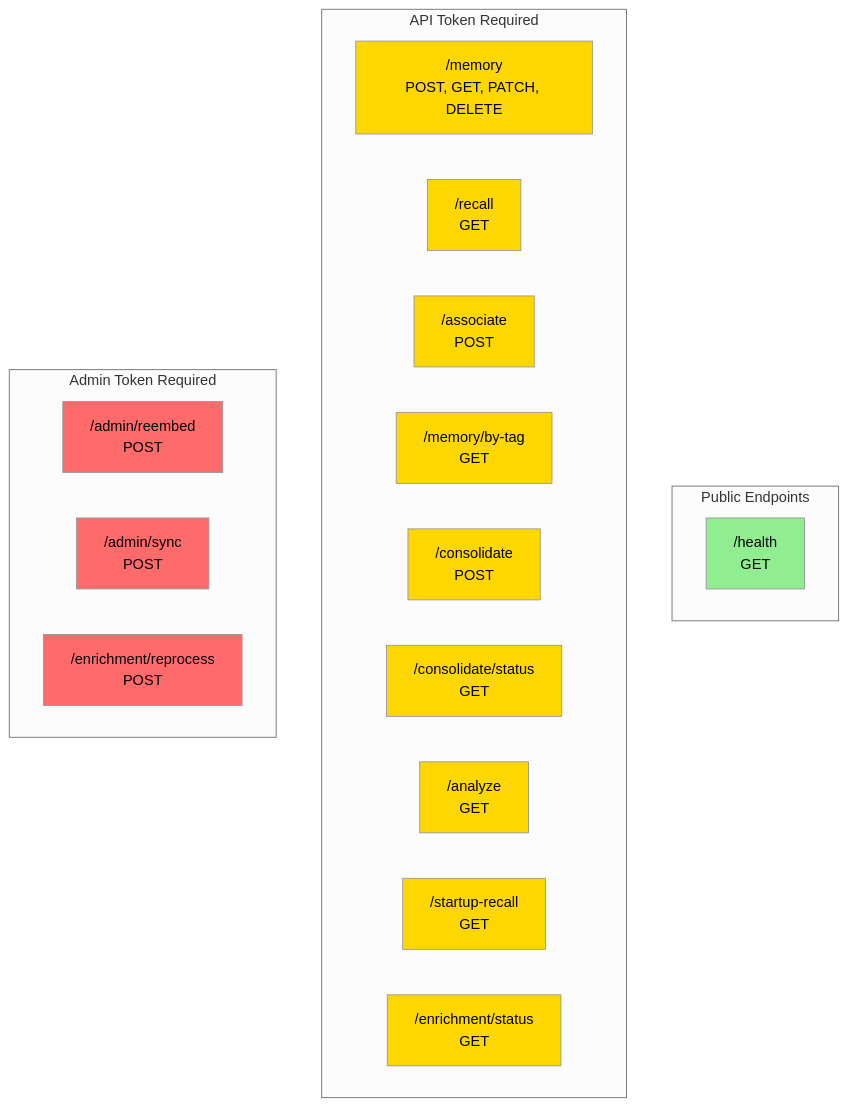
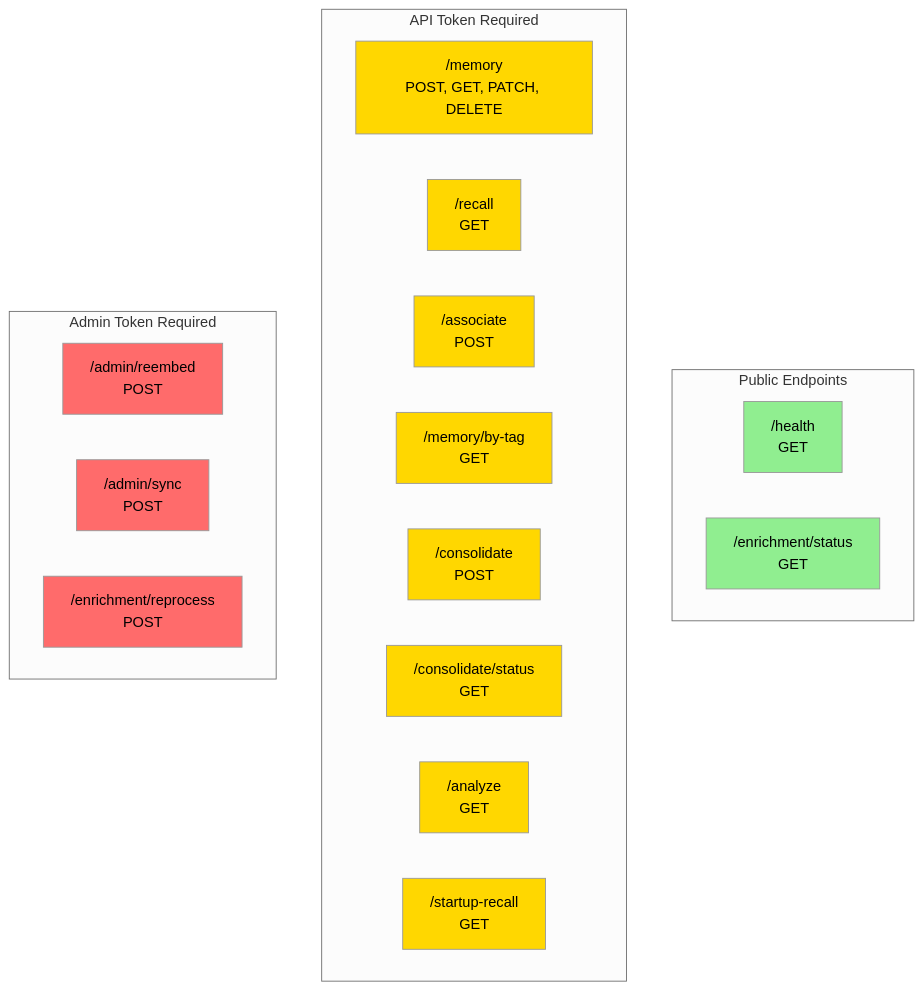
One commit to verygoodplugins/automem-website changed the third of 3 diagrams in src/content/docs/docs/reference/authentication.md. Above: the diagram before and after it, drawn with Mermaid (neutral theme). The commit also changed other lines of this file, not shown here.

First line of the commit message:
docs: fix /enrichment/status wrongly listed as requiring API token

````diff
--- a/src/content/docs/docs/reference/authentication.md
+++ b/src/content/docs/docs/reference/authentication.md
@@ -167,38 +167,38 @@
 ```mermaid
 graph TB
     subgraph "Public Endpoints"
         Health["/health<br/>GET"]
+        EnrichStatus["/enrichment/status<br/>GET"]
     end
 
     subgraph "API Token Required"
         Memory["/memory<br/>POST, GET, PATCH, DELETE"]
         Recall["/recall<br/>GET"]
         Associate["/associate<br/>POST"]
         ByTag["/memory/by-tag<br/>GET"]
         Consolidate["/consolidate<br/>POST"]
         ConsolidateStatus["/consolidate/status<br/>GET"]
         Analyze["/analyze<br/>GET"]
         StartupRecall["/startup-recall<br/>GET"]
-        EnrichStatus["/enrichment/status<br/>GET"]
     end
 
     subgraph "Admin Token Required"
         Reembed["/admin/reembed<br/>POST"]
         Sync["/admin/sync<br/>POST"]
         Reprocess["/enrichment/reprocess<br/>POST"]
     end
 
     style Health fill:#90EE90
+    style EnrichStatus fill:#90EE90
     style Memory fill:#FFD700
     style Recall fill:#FFD700
     style Associate fill:#FFD700
     style ByTag fill:#FFD700
     style Consolidate fill:#FFD700
     style ConsolidateStatus fill:#FFD700
     style Analyze fill:#FFD700
     style StartupRecall fill:#FFD700
-    style EnrichStatus fill:#FFD700
     style Reembed fill:#FF6B6B
     style Sync fill:#FF6B6B
     style Reprocess fill:#FF6B6B
 ```
````
